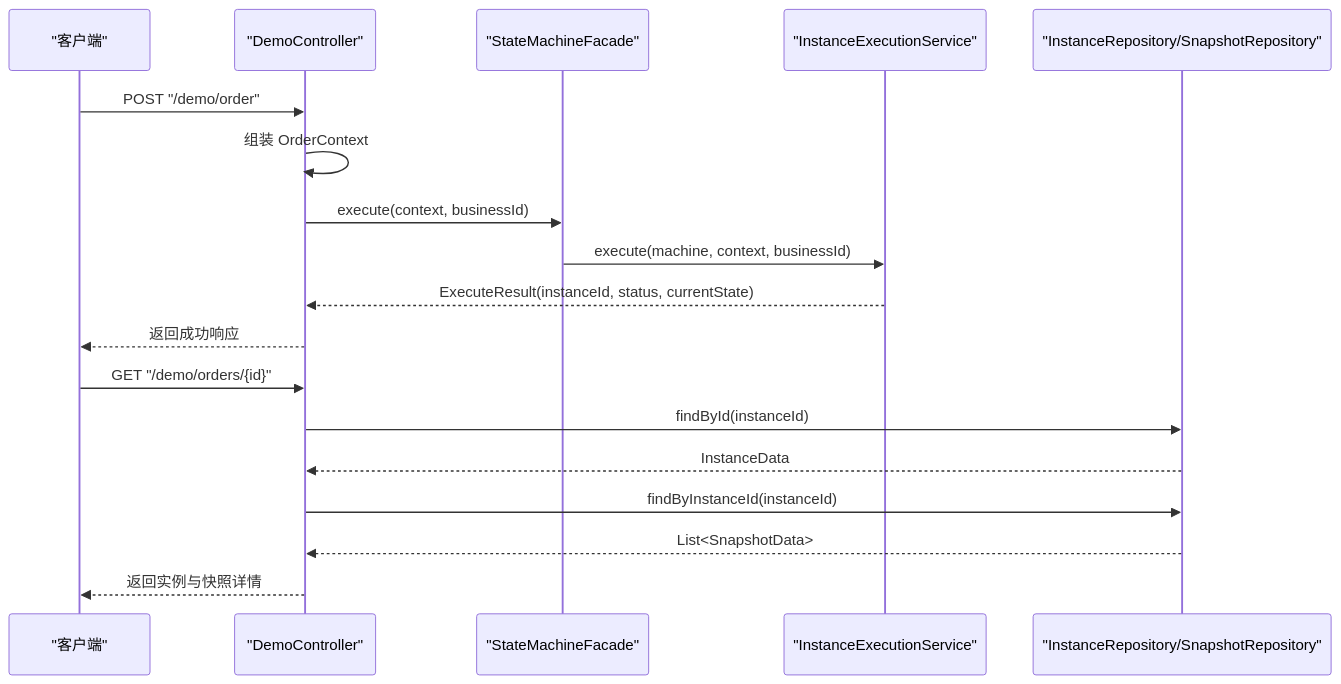
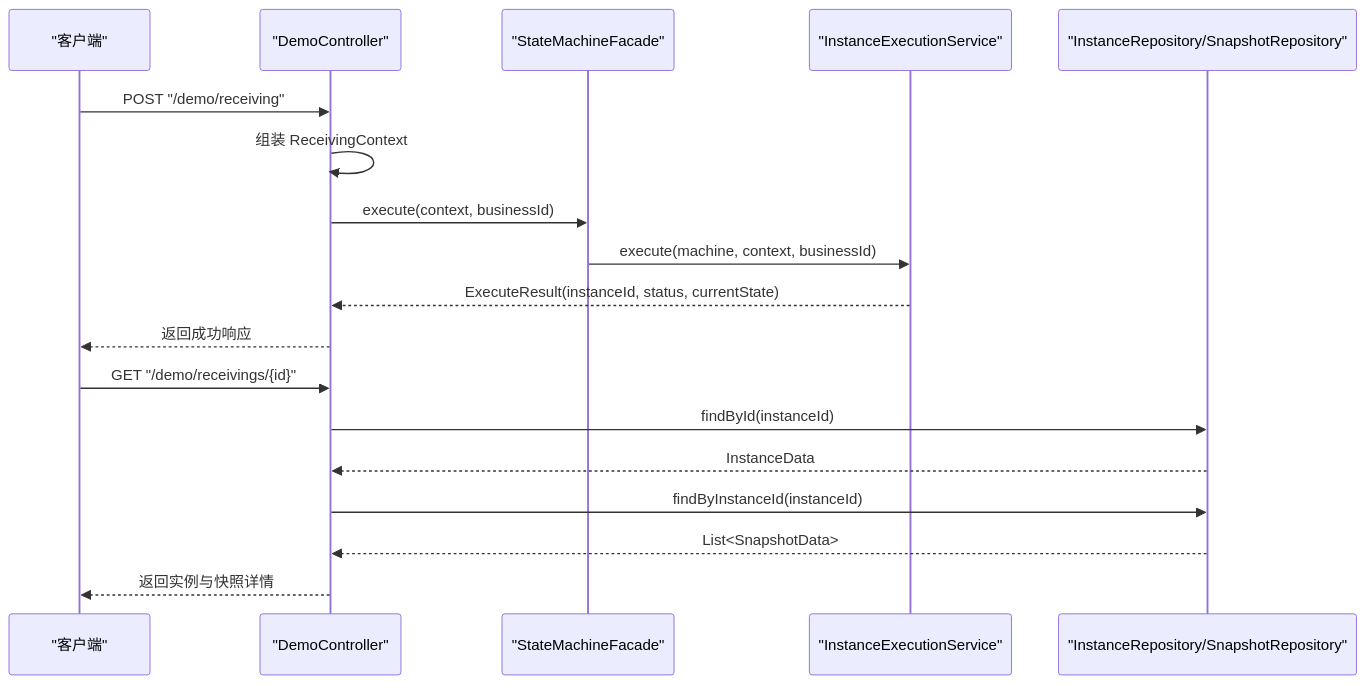
The third of 8 diagrams in .qoder/repowiki/zh/content/示例与最佳实践/演示应用详解.md (xiaoche80s-tech/state-machine-parent), drawn with Mermaid before and after one commit. The commit also changed other lines of this file and 17 other files, not shown here.

````diff
--- a/.qoder/repowiki/zh/content/示例与最佳实践/演示应用详解.md
+++ b/.qoder/repowiki/zh/content/示例与最佳实践/演示应用详解.md
@@ -165,20 +193,20 @@
 ```mermaid
 sequenceDiagram
 participant Client as "客户端"
 participant Ctrl as "DemoController"
 participant Facade as "StateMachineFacade"
 participant Exec as "InstanceExecutionService"
 participant Repo as "InstanceRepository/SnapshotRepository"
-Client->>Ctrl : POST "/demo/order"
-Ctrl->>Ctrl : 组装 OrderContext
+Client->>Ctrl : POST "/demo/receiving"
+Ctrl->>Ctrl : 组装 ReceivingContext
 Ctrl->>Facade : execute(context, businessId)
 Facade->>Exec : execute(machine, context, businessId)
 Exec-->>Ctrl : ExecuteResult(instanceId, status, currentState)
 Ctrl-->>Client : 返回成功响应
-Client->>Ctrl : GET "/demo/orders/{id}"
+Client->>Ctrl : GET "/demo/receivings/{id}"
 Ctrl->>Repo : findById(instanceId)
 Repo-->>Ctrl : InstanceData
 Ctrl->>Repo : findByInstanceId(instanceId)
 Repo-->>Ctrl : List<SnapshotData>
 Ctrl-->>Client : 返回实例与快照详情
 ```
````
